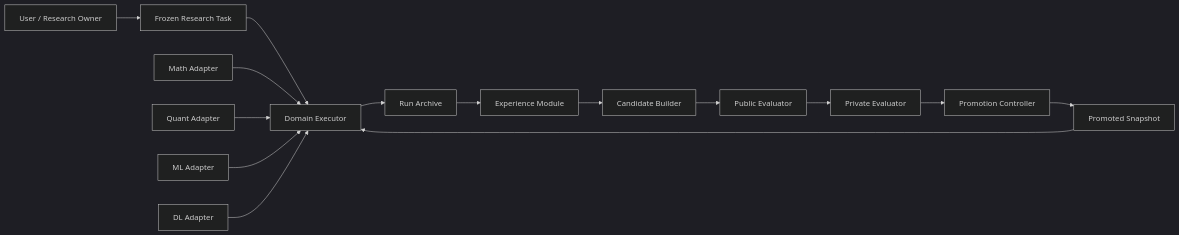
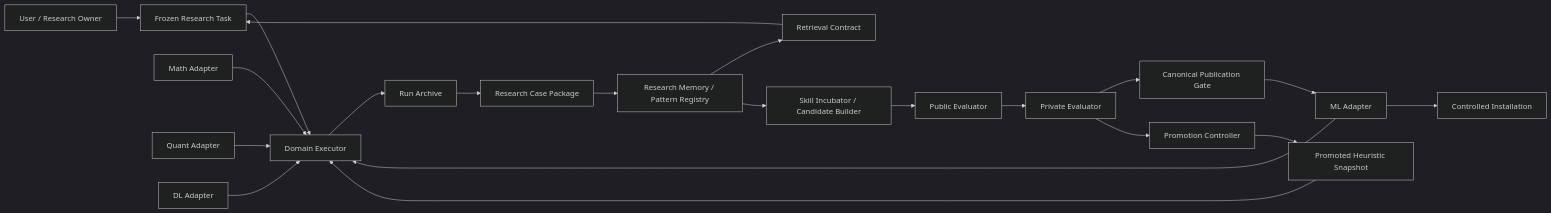
Before and after one commit to westwhile/heuristic-research-agent-skill: the diagram in docs/architecture/ARCHITECTURE.md, drawn with Mermaid (dark theme). The commit also changed other lines of this file and 2 other files, not shown here.

Commit message:
docs(plan): add research memory and skill lifecycle roadmap

````diff
--- a/docs/architecture/ARCHITECTURE.md
+++ b/docs/architecture/ARCHITECTURE.md
@@ -21,18 +25,24 @@
 ```mermaid
 flowchart LR
     U["User / Research Owner"] --> T["Frozen Research Task"]
     T --> X["Domain Executor"]
     X --> A["Run Archive"]
-    A --> E["Experience Module"]
-    E --> C["Candidate Builder"]
-    C --> P["Public Evaluator"]
+    A --> R["Research Case Package"]
+    R --> E["Research Memory / Pattern Registry"]
+    E --> K["Retrieval Contract"]
+    K --> T
+    E --> I["Skill Incubator / Candidate Builder"]
+    I --> P["Public Evaluator"]
     P --> H["Private Evaluator"]
+    H --> B["Canonical Publication Gate"]
+    B --> L["Canonical Skill Library"]
+    L --> N["Controlled Installation"]
     H --> G["Promotion Controller"]
-    G --> S["Promoted Snapshot"]
+    G --> S["Promoted Heuristic Snapshot"]
     S --> X
 
     M["Math Adapter"] --> X
     Q["Quant Adapter"] --> X
     L["ML Adapter"] --> X
     D["DL Adapter"] --> X
 ```
````
